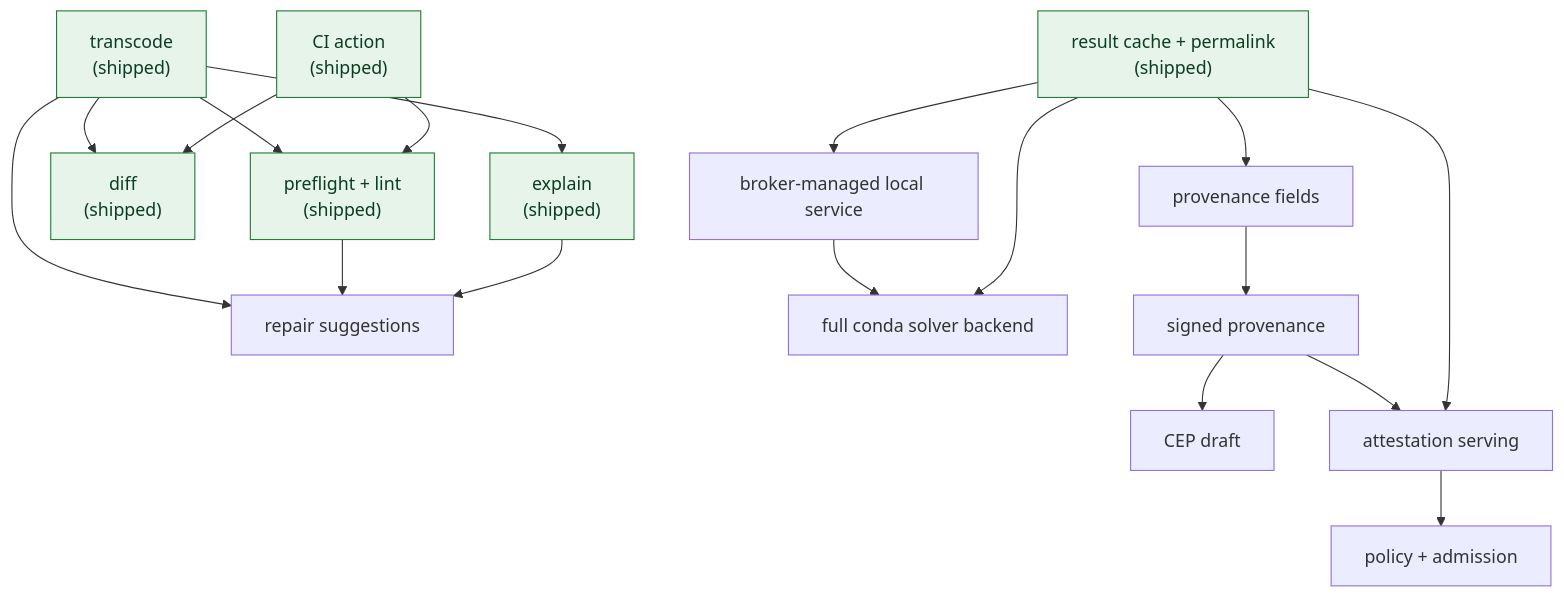
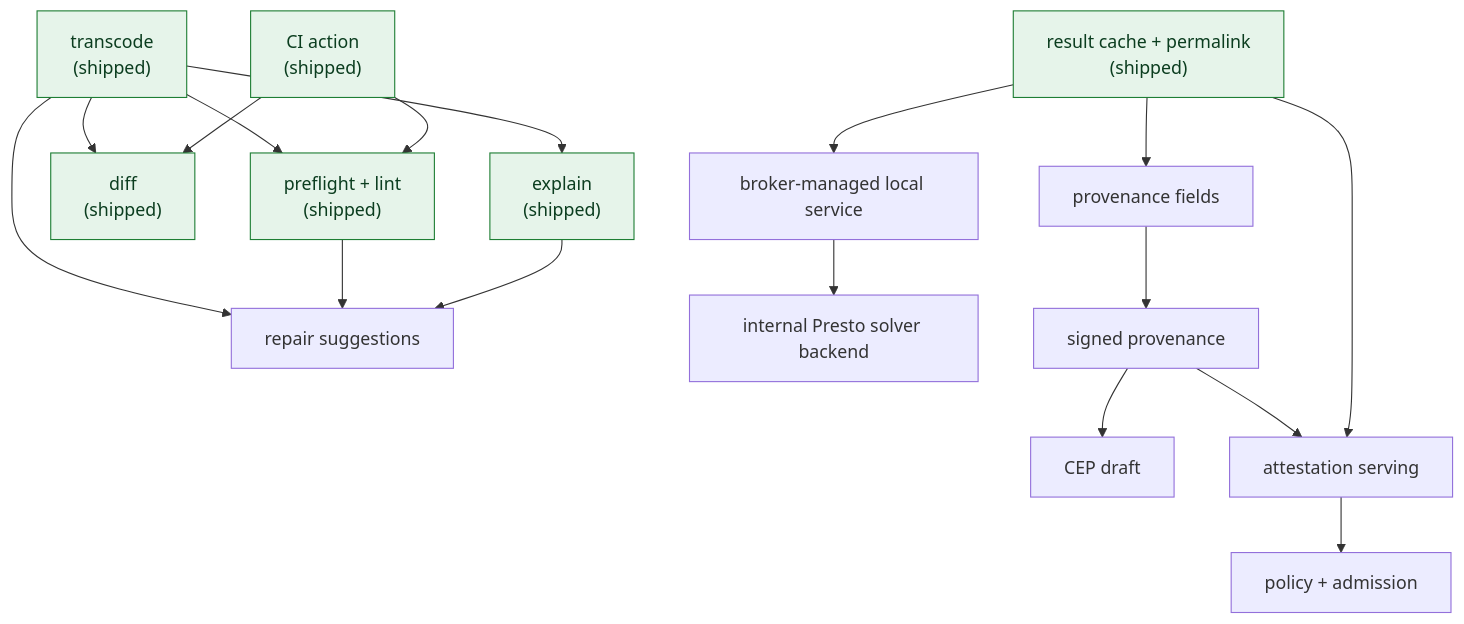
The diagram in docs/proposals.md (jezdez/conda-presto), drawn with Mermaid before and after one commit. The commit also changed other lines of this file and 25 other files, not shown here.

Commit message:
Add internal Presto solver backend

````diff
--- a/docs/proposals.md
+++ b/docs/proposals.md
@@ -69,23 +69,22 @@
 ```{mermaid}
 graph TD
     T["transcode\n(shipped)"] --> PF["preflight + lint\n(shipped)"]
     T --> RPR["repair suggestions"]
     T --> D["diff\n(shipped)"]
     T --> E["explain\n(shipped)"]
     P["result cache + permalink\n(shipped)"] --> PV["provenance fields"]
     P --> B["broker-managed local service"]
-    B --> FS["full conda solver backend"]
-    P --> FS
+    B --> FS["internal Presto solver backend"]
     PF --> RPR
     E --> RPR
     PV --> A["signed provenance"]
     A --> CEP["CEP draft"]
     A --> S["attestation serving"]
     P --> S
     S --> AD["policy + admission"]
     GH["CI action\n(shipped)"] --> PF
     GH --> D
 
     classDef shipped fill:#e6f4ea,stroke:#1e7e34,color:#0b3d1f;
     class T,P,GH,PF,D,E shipped;
 ```
````
